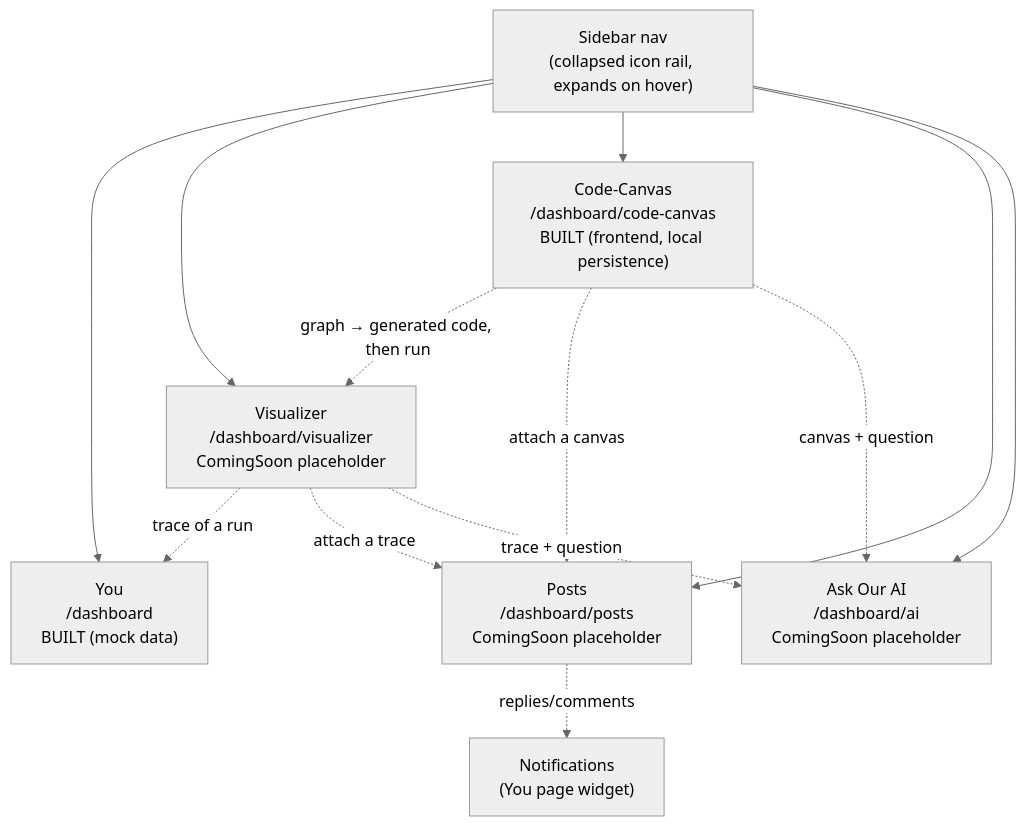
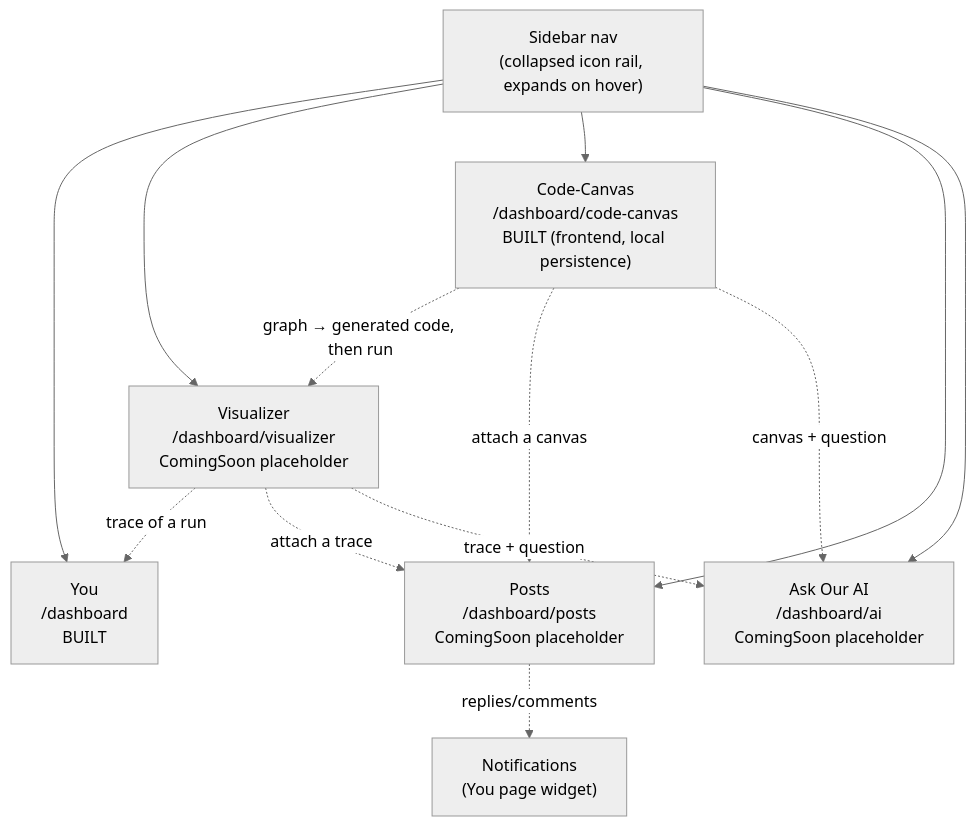
Before and after one commit to KrypticENGL/Lattice: the second of 3 diagrams in BLUEPRINT.md, drawn with Mermaid (neutral theme). The commit also changed other lines of this file and 15 other files, not shown here.

First line of the commit message:
Wire the dashboard up to real trace and notification data

````diff
--- a/BLUEPRINT.md
+++ b/BLUEPRINT.md
@@ -140,17 +140,17 @@
 ```mermaid
 flowchart TB
     Sidebar["Sidebar nav\n(collapsed icon rail, expands on hover)"]
-    Sidebar --> You["You\n/dashboard\nBUILT (mock data)"]
+    Sidebar --> You["You\n/dashboard\nBUILT"]
     Sidebar --> Visualizer["Visualizer\n/dashboard/visualizer\nComingSoon placeholder"]
     Sidebar --> Canvas["Code-Canvas\n/dashboard/code-canvas\nBUILT (frontend, local persistence)"]
     Sidebar --> Posts["Posts\n/dashboard/posts\nComingSoon placeholder"]
     Sidebar --> AI["Ask Our AI\n/dashboard/ai\nComingSoon placeholder"]
 
     Visualizer -.->|"trace of a run"| You
     Canvas -.->|"graph → generated code, then run"| Visualizer
     Visualizer -.->|"attach a trace"| Posts
     Canvas -.->|"attach a canvas"| Posts
     Posts -.->|"replies/comments"| Notif["Notifications\n(You page widget)"]
     Visualizer -.->|"trace + question"| AI
     Canvas -.->|"canvas + question"| AI
 ```
````
